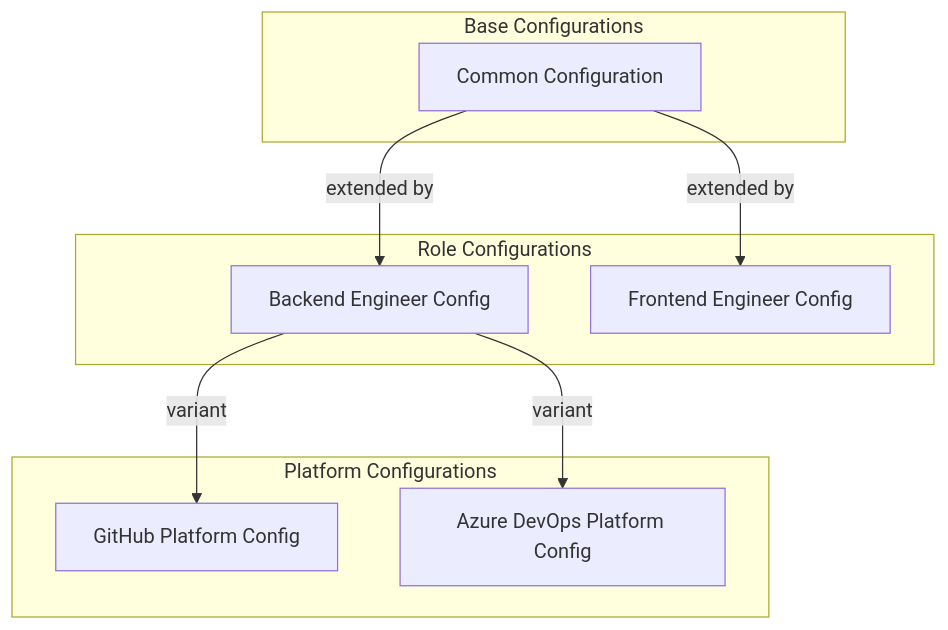
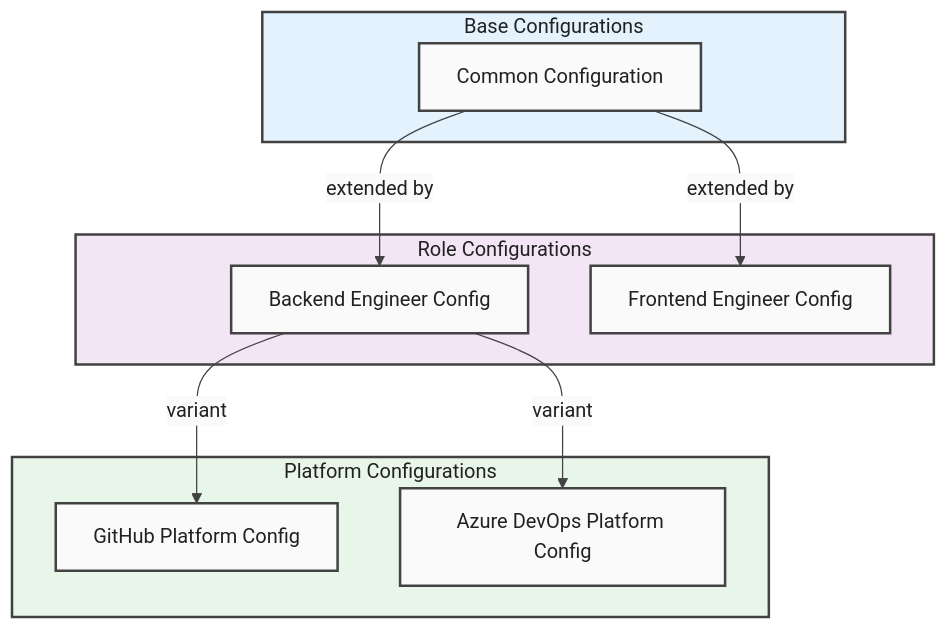
Diagram 11 of 11 in docs/architecture/Business.md (Evilazaro/DevExp-DevBox), drawn with Mermaid before and after one commit.

Commit message:
docs: enhance Business Architecture diagram with improved styling and structure

````diff
--- a/docs/architecture/Business.md
+++ b/docs/architecture/Business.md
@@ -1232,18 +1232,32 @@
 ```mermaid
-graph TB
-    subgraph "Base Configurations"
+%%{init: {'theme': 'base', 'themeVariables': { 'primaryColor': '#FAFAFA', 'primaryBorderColor': '#424242', 'primaryTextColor': '#212121', 'lineColor': '#424242'}}}%%
+flowchart TB
+    %% Style Definitions
+    classDef default fill:#FAFAFA,stroke:#424242,stroke-width:2px,color:#212121
+    classDef level1 fill:#E3F2FD,stroke:#424242,stroke-width:2px,color:#212121
+    classDef level2 fill:#F3E5F5,stroke:#424242,stroke-width:2px,color:#212121
+    classDef level3 fill:#E8F5E9,stroke:#424242,stroke-width:2px,color:#212121
+
+    subgraph BASE["Base Configurations"]
         CFG1["Common Configuration"]
     end
-    subgraph "Role Configurations"
+
+    subgraph ROLE["Role Configurations"]
         CFG2["Backend Engineer Config"]
         CFG3["Frontend Engineer Config"]
     end
-    subgraph "Platform Configurations"
+
+    subgraph PLATFORM["Platform Configurations"]
         CFG4["GitHub Platform Config"]
         CFG5["Azure DevOps Platform Config"]
     end
+
     CFG1 -->|"extended by"| CFG2
     CFG1 -->|"extended by"| CFG3
     CFG2 -->|"variant"| CFG4
     CFG2 -->|"variant"| CFG5
+
+    class BASE level1
+    class ROLE level2
+    class PLATFORM level3
 ```
````
